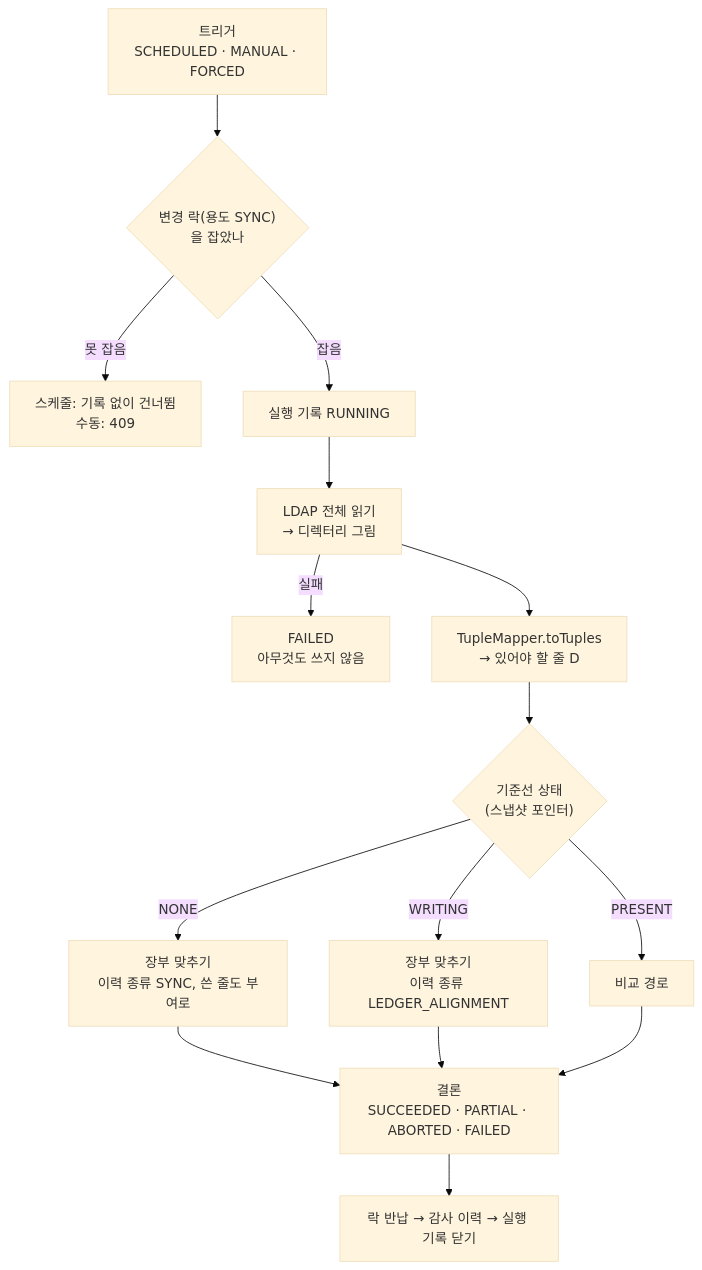
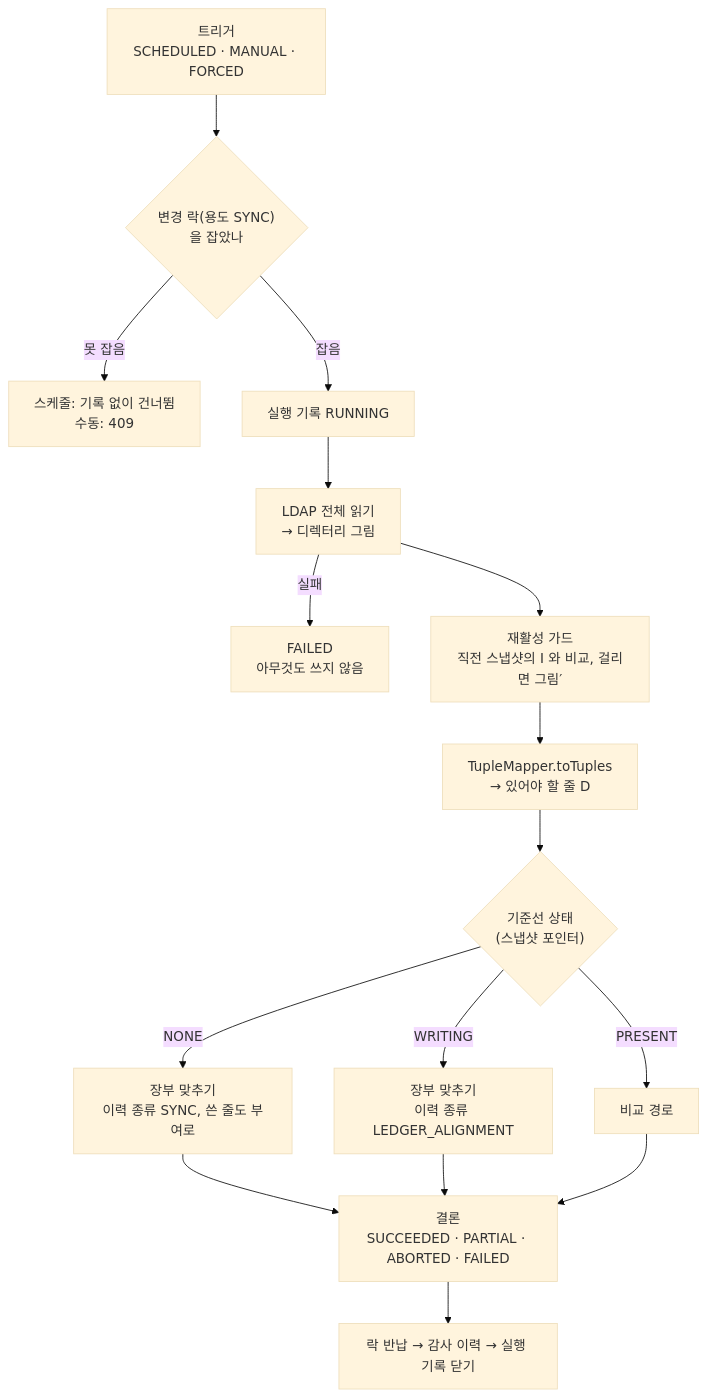
The first of 5 diagrams in docs/onboarding/05-LDAP-동기화.md (starryeye/organization), drawn with Mermaid (base theme) before and after one commit. The commit also changed other lines of this file and 15 other files, not shown here.

````diff
--- a/docs/onboarding/05-LDAP-동기화.md
+++ b/docs/onboarding/05-LDAP-동기화.md
@@ -37,17 +39,18 @@
 ```mermaid
 flowchart TD
     trig["트리거<br/>SCHEDULED · MANUAL · FORCED"] --> lock{"변경 락(용도 SYNC)<br/>을 잡았나"}
     lock -- "못 잡음" --> busy["스케줄: 기록 없이 건너뜀<br/>수동: 409"]
     lock -- "잡음" --> open["실행 기록 RUNNING"]
     open --> read["LDAP 전체 읽기<br/>→ 디렉터리 그림"]
     read -- "실패" --> f1["FAILED<br/>아무것도 쓰지 않음"]
-    read --> map["TupleMapper.toTuples<br/>→ 있어야 할 줄 D"]
+    read --> rg["재활성 가드<br/>직전 스냅샷의 I 와 비교, 걸리면 그림′"]
+    rg --> map["TupleMapper.toTuples<br/>→ 있어야 할 줄 D"]
     map --> st{"기준선 상태<br/>(스냅샷 포인터)"}
     st -- "NONE" --> la1["장부 맞추기<br/>이력 종류 SYNC, 쓴 줄도 부여로"]
     st -- "WRITING" --> la2["장부 맞추기<br/>이력 종류 LEDGER_ALIGNMENT"]
     st -- "PRESENT" --> diff["비교 경로"]
     la1 --> out["결론<br/>SUCCEEDED · PARTIAL · ABORTED · FAILED"]
     la2 --> out
     diff --> out
     out --> rel["락 반납 → 감사 이력 → 실행 기록 닫기"]
 ```
````
